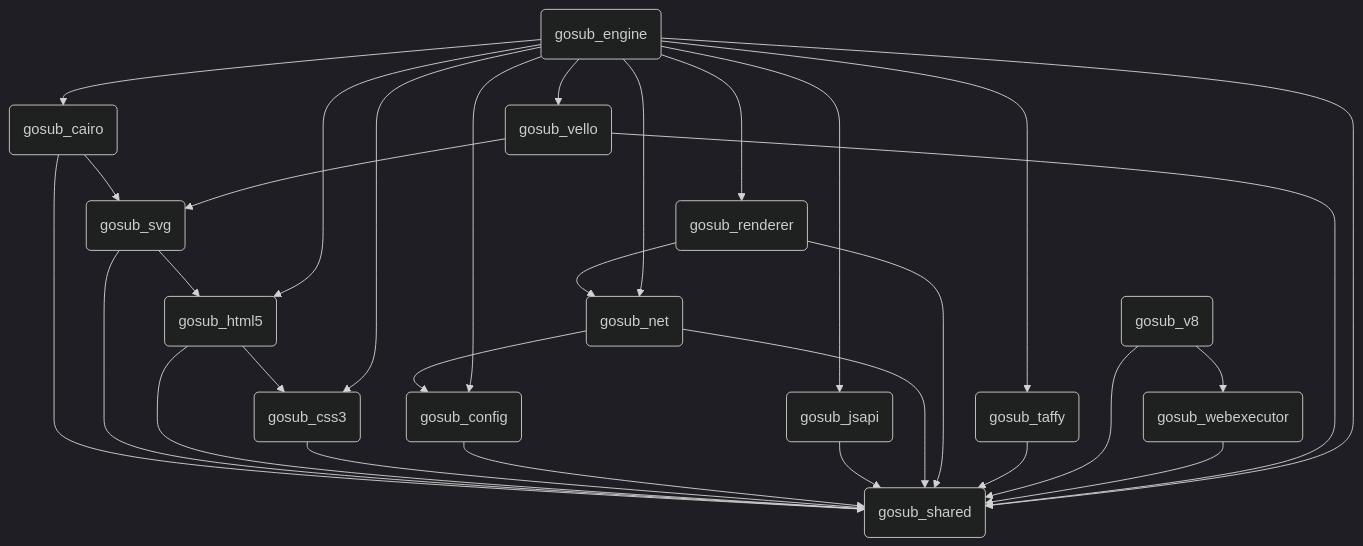
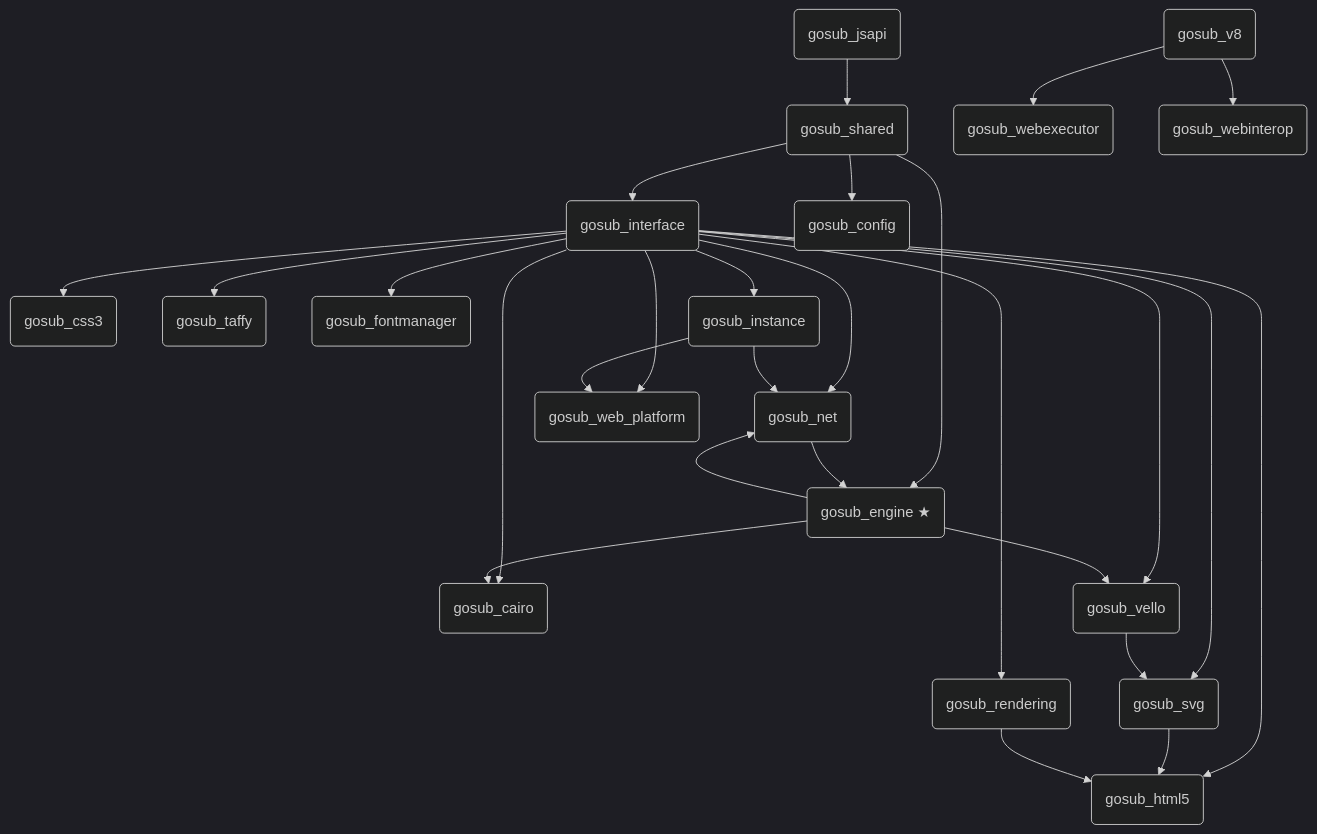
Before and after one commit to gosub-io/gosub-engine: the diagram in docs/crates.md, drawn with Mermaid (dark theme). The commit also changed other lines of this file, not shown here.

````diff
--- a/docs/crates.md
+++ b/docs/crates.md
@@ -76,50 +114,49 @@
 ```mermaid
-flowchart
-    A("gosub_cairo")
-    B("gosub_shared")
-    C("gosub_svg")
-    D("gosub_html5")
-    E("gosub_css3")
-    F("gosub_config")
-    G("gosub_jsapi")
-    H("gosub_net")
-    I("gosub_renderer")
-    J("gosub_taffy")
-    K("gosub_v8")
-    L("gosub_webexecutor")
-    M("gosub_vello")
-    N("gosub_engine")
+flowchart TD
+    shared("gosub_shared")
+    interface("gosub_interface")
+    config("gosub_config")
+    engine("gosub_engine ★")
+    net("gosub_net")
+    html5("gosub_html5")
+    css3("gosub_css3")
+    taffy("gosub_taffy")
+    rendering("gosub_rendering")
+    fontmgr("gosub_fontmanager")
+    svg("gosub_svg")
+    cairo("gosub_cairo")
+    vello("gosub_vello")
+    v8("gosub_v8")
+    webexec("gosub_webexecutor")
+    webinterop("gosub_webinterop")
+    jsapi("gosub_jsapi")
+    instance("gosub_instance")
+    webplatform("gosub_web_platform")
 
-    A --> B
-    A --> C
-    C --> D
-    C --> B
-    D --> E
-    D --> B
-    E --> B
-    F --> B
-    G --> B
-    H --> F
-    H --> B
-    I --> H
-    I --> B
-    J --> B
-    K --> B
-    K --> L
-    L --> B
-    M --> B
-    M --> C
-    N --> A
-    N --> F
-    N --> E
-    N --> D
-    N --> G
-    N --> H
-    N --> I
-    N --> B
-    N --> J
-    N --> M
-
-    
-
+    shared --> interface
+    shared --> config
+    shared --> engine
+    interface --> net
+    net --> engine
+    interface --> fontmgr
+    interface --> html5
+    interface --> css3
+    interface --> taffy
+    interface --> rendering
+    interface --> svg
+    interface --> cairo
+    interface --> vello
+    interface --> instance
+    interface --> webplatform
+    engine --> cairo
+    engine --> vello
+    engine --> net
+    svg --> html5
+    rendering --> html5
+    vello --> svg
+    v8 --> webexec
+    v8 --> webinterop
+    jsapi --> shared
+    instance --> net
+    instance --> webplatform
 ```
````
